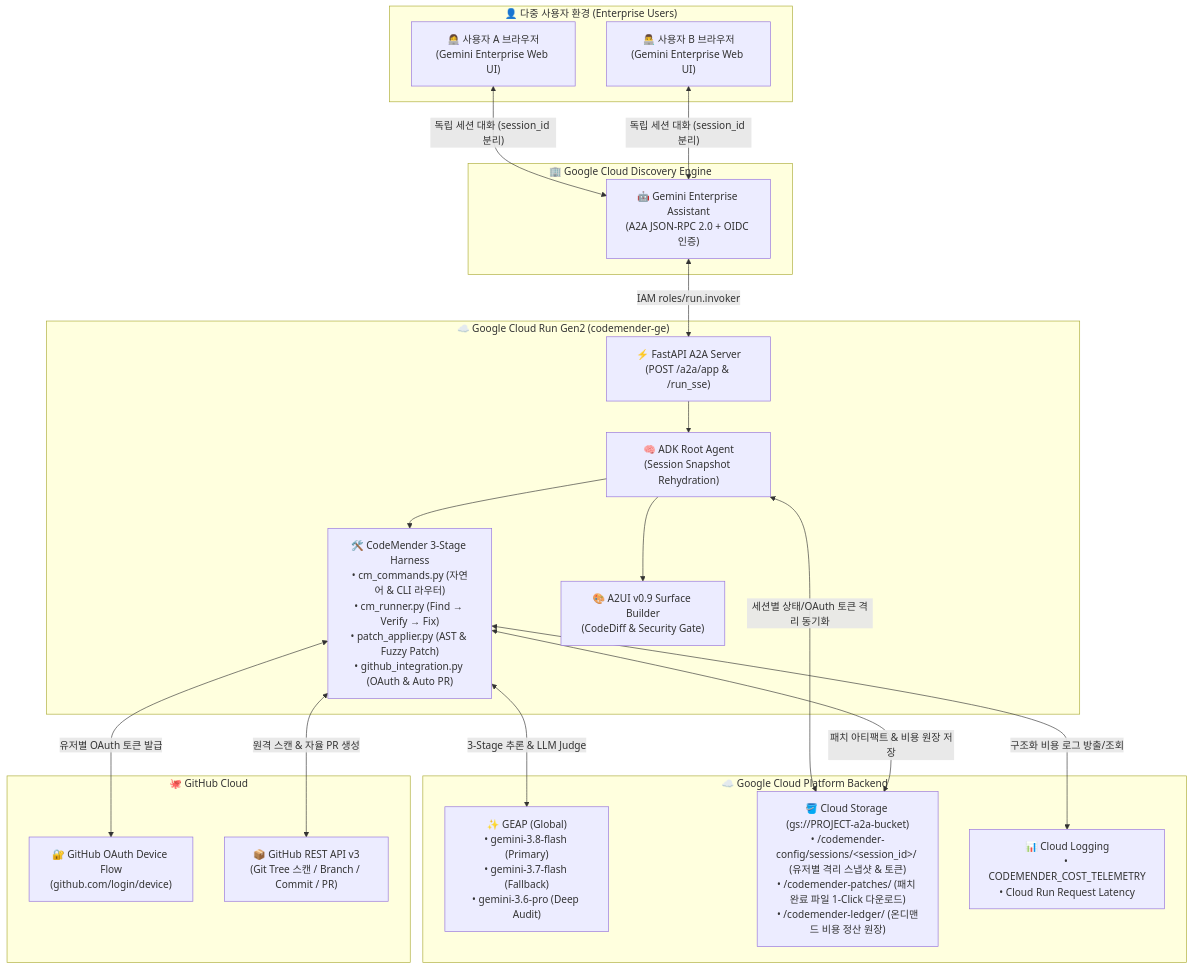
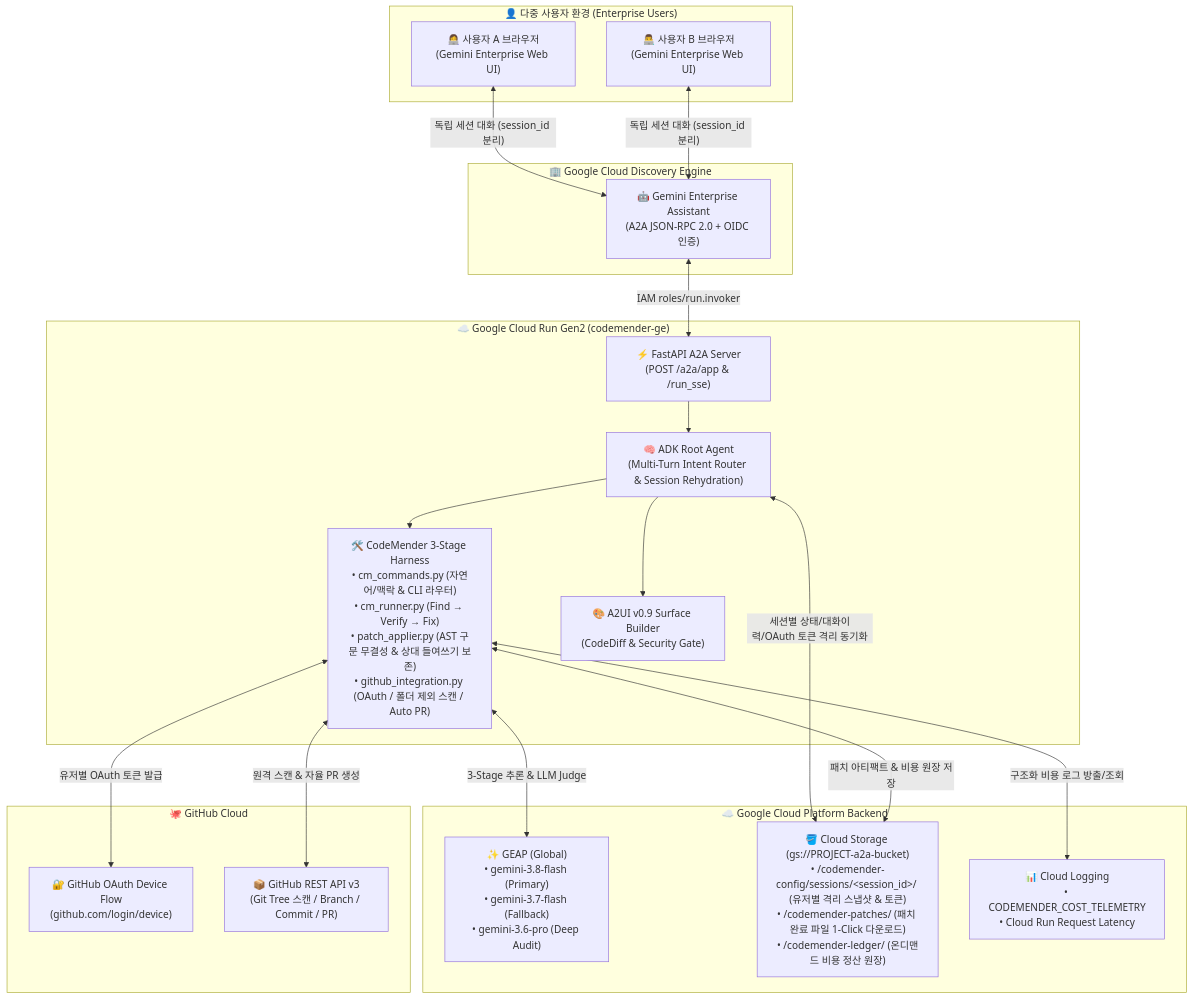
The first of 4 diagrams in README.md (ldu1225/codemender-ge), drawn with Mermaid before and after one commit. The commit also changed other lines of this file and 3 other files, not shown here.

Commit message:
feat(patch-engine,docs): add AST-verified non-destructive patching and update README with multi-turn intent routing

````diff
--- a/README.md
+++ b/README.md
@@ -57,42 +58,42 @@
 ```mermaid
 flowchart TB
     subgraph Users["👤 다중 사용자 환경 (Enterprise Users)"]
         UserA["👩‍💻 사용자 A 브라우저<br/>(Gemini Enterprise Web UI)"]
         UserB["👨‍💻 사용자 B 브라우저<br/>(Gemini Enterprise Web UI)"]
     end
 
     subgraph GE["🏢 Google Cloud Discovery Engine"]
         Assistant["🤖 Gemini Enterprise Assistant<br/>(A2A JSON-RPC 2.0 + OIDC 인증)"]
     end
 
     subgraph CloudRun["☁️ Google Cloud Run Gen2 (codemender-ge)"]
         FastAPI["⚡ FastAPI A2A Server<br/>(POST /a2a/app & /run_sse)"]
-        Agent["🧠 ADK Root Agent<br/>(Session Snapshot Rehydration)"]
-        Harness["🛠️ CodeMender 3-Stage Harness<br/>• cm_commands.py (자연어 & CLI 라우터)<br/>• cm_runner.py (Find → Verify → Fix)<br/>• patch_applier.py (AST & Fuzzy Patch)<br/>• github_integration.py (OAuth & Auto PR)"]
+        Agent["🧠 ADK Root Agent<br/>(Multi-Turn Intent Router & Session Rehydration)"]
+        Harness["🛠️ CodeMender 3-Stage Harness<br/>• cm_commands.py (자연어/맥락 & CLI 라우터)<br/>• cm_runner.py (Find → Verify → Fix)<br/>• patch_applier.py (AST 구문 무결성 & 상대 들여쓰기 보존)<br/>• github_integration.py (OAuth / 폴더 제외 스캔 / Auto PR)"]
         A2UI["🎨 A2UI v0.9 Surface Builder<br/>(CodeDiff & Security Gate)"]
 
         FastAPI --> Agent
         Agent --> Harness
         Agent --> A2UI
     end
 
     subgraph GCP["☁️ Google Cloud Platform Backend"]
         GEAP["✨ GEAP (Global)<br/>• gemini-3.8-flash (Primary)<br/>• gemini-3.7-flash (Fallback)<br/>• gemini-3.6-pro (Deep Audit)"]
         GCS["🪣 Cloud Storage (gs://PROJECT-a2a-bucket)<br/>• /codemender-config/sessions/&lt;session_id&gt;/ (유저별 격리 스냅샷 & 토큰)<br/>• /codemender-patches/ (패치 완료 파일 1-Click 다운로드)<br/>• /codemender-ledger/ (온디맨드 비용 정산 원장)"]
         Logging["📊 Cloud Logging<br/>• CODEMENDER_COST_TELEMETRY<br/>• Cloud Run Request Latency"]
     end
 
     subgraph GitHub["🐙 GitHub Cloud"]
         DeviceFlow["🔐 GitHub OAuth Device Flow<br/>(github.com/login/device)"]
         GHAPI["📦 GitHub REST API v3<br/>(Git Tree 스캔 / Branch / Commit / PR)"]
     end
 
     UserA & UserB <-->|"독립 세션 대화 (session_id 분리)"| Assistant
     Assistant <-->|"IAM roles/run.invoker"| FastAPI
     Harness <-->|"3-Stage 추론 & LLM Judge"| GEAP
-    Agent <-->|"세션별 상태/OAuth 토큰 격리 동기화"| GCS
+    Agent <-->|"세션별 상태/대화이력/OAuth 토큰 격리 동기화"| GCS
     Harness <-->|"패치 아티팩트 & 비용 원장 저장"| GCS
     Harness <-->|"구조화 비용 로그 방출/조회"| Logging
     Harness <-->|"유저별 OAuth 토큰 발급"| DeviceFlow
     Harness <-->|"원격 스캔 & 자율 PR 생성"| GHAPI
 ```
````
